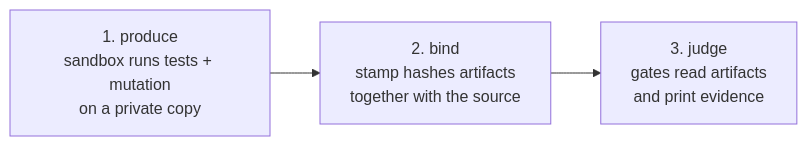
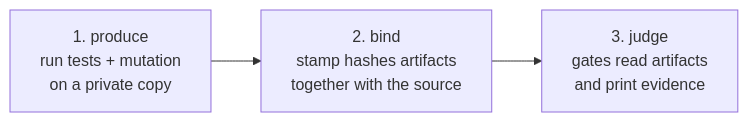
One commit to gajeshbhat/gauntlet changed the second of 3 diagrams in docs/architecture.md. Above: the diagram before and after it, drawn with Mermaid. The commit also changed other lines of this file and 57 other files, not shown here.

````diff
--- a/docs/architecture.md
+++ b/docs/architecture.md
@@ -26,5 +23,5 @@
 ```mermaid
 flowchart LR
-    A["1. produce<br/>sandbox runs tests + mutation<br/>on a private copy"] --> B["2. bind<br/>stamp hashes artifacts<br/>together with the source"]
+    A["1. produce<br/>run tests + mutation<br/>on a private copy"] --> B["2. bind<br/>stamp hashes artifacts<br/>together with the source"]
     B --> C["3. judge<br/>gates read artifacts<br/>and print evidence"]
 ```
````
